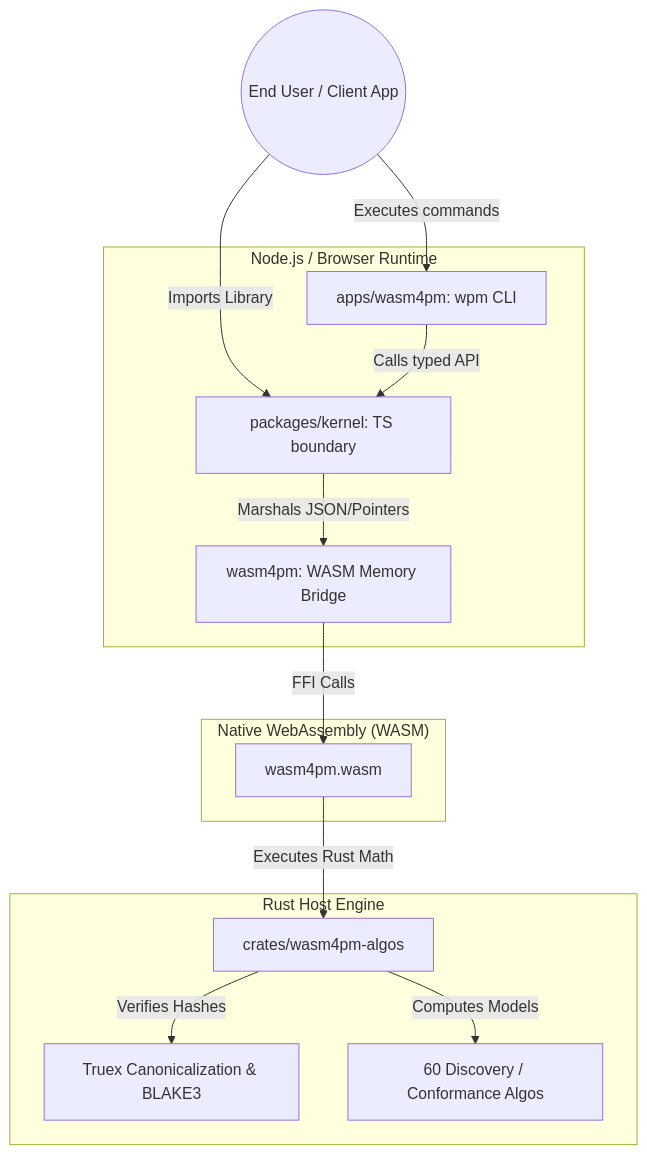
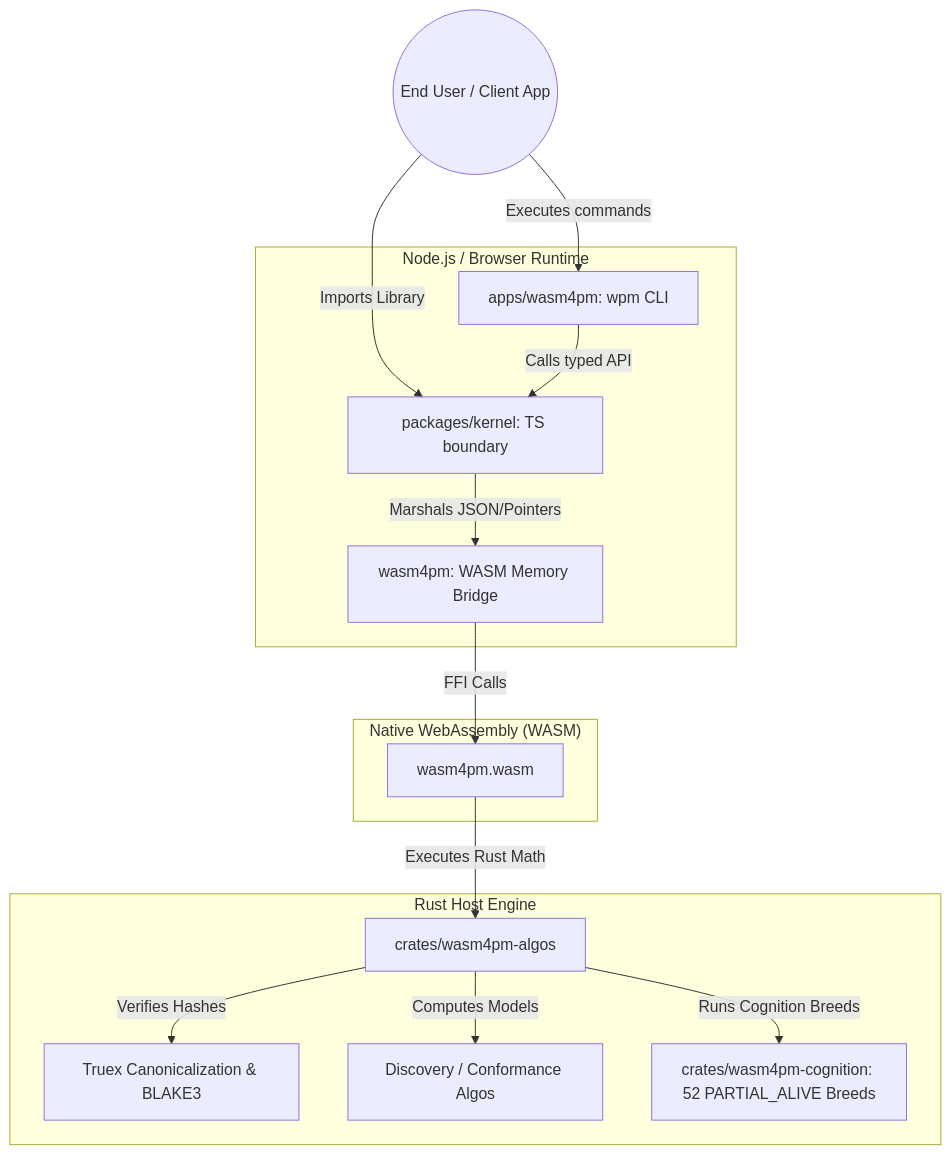
The diagram in docs/orientation/02-c4-container.md (seanchatmangpt/wasm4pm), drawn with Mermaid before and after one commit. The commit also changed 29 other files, not shown here.

````diff
--- a/docs/orientation/02-c4-container.md
+++ b/docs/orientation/02-c4-container.md
@@ -7,29 +7,31 @@
 ```mermaid
 graph TD
   User((End User / Client App))
 
   subgraph "Node.js / Browser Runtime"
     CLI[apps/wasm4pm: wpm CLI]
     Kernel[packages/kernel: TS boundary]
     Bridge[wasm4pm: WASM Memory Bridge]
   end
 
   subgraph "Native WebAssembly (WASM)"
     WasmModule[wasm4pm.wasm]
   end
 
   subgraph "Rust Host Engine"
     Core[crates/wasm4pm-algos]
     Truex[Truex Canonicalization & BLAKE3]
-    Algos[60 Discovery / Conformance Algos]
+    Algos[Discovery / Conformance Algos]
+    Cognition[crates/wasm4pm-cognition: 52 PARTIAL_ALIVE Breeds]
   end
 
   User -- "Executes commands" --> CLI
   User -- "Imports Library" --> Kernel
   CLI -- "Calls typed API" --> Kernel
   Kernel -- "Marshals JSON/Pointers" --> Bridge
   Bridge -- "FFI Calls" --> WasmModule
   WasmModule -- "Executes Rust Math" --> Core
   Core -- "Verifies Hashes" --> Truex
   Core -- "Computes Models" --> Algos
+  Core -- "Runs Cognition Breeds" --> Cognition
 ```
````
